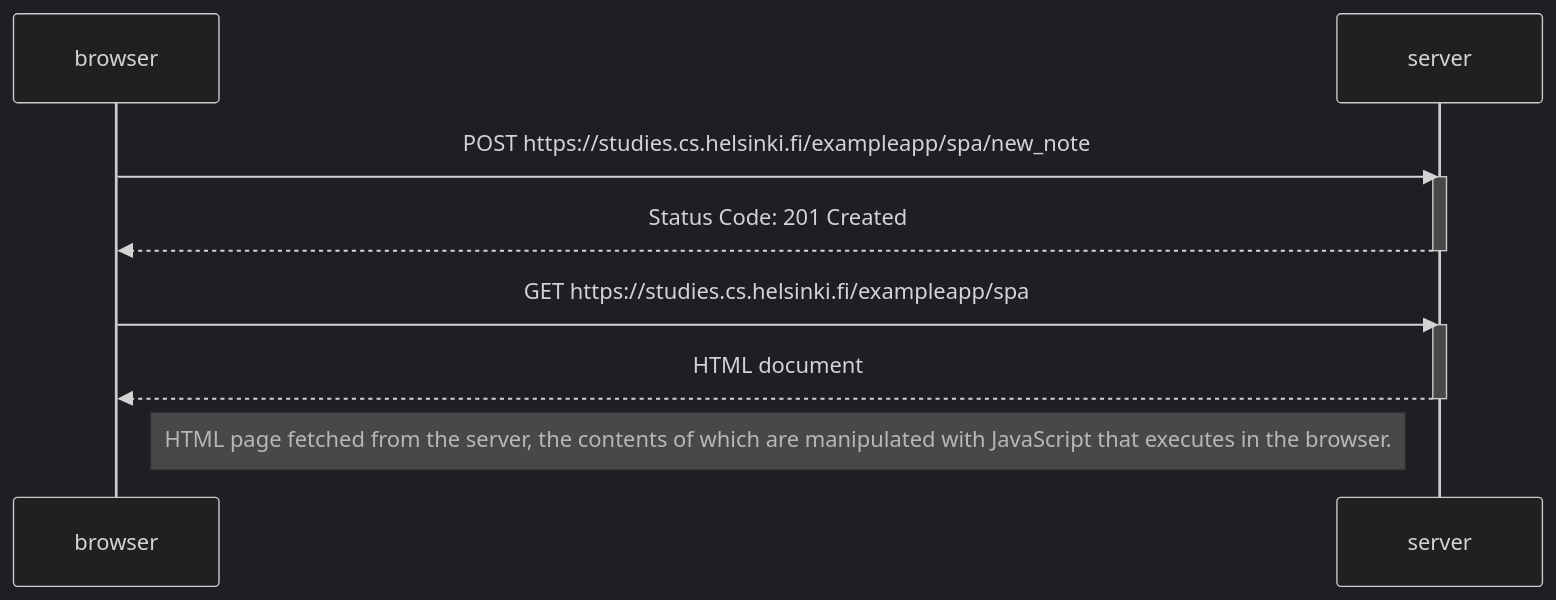
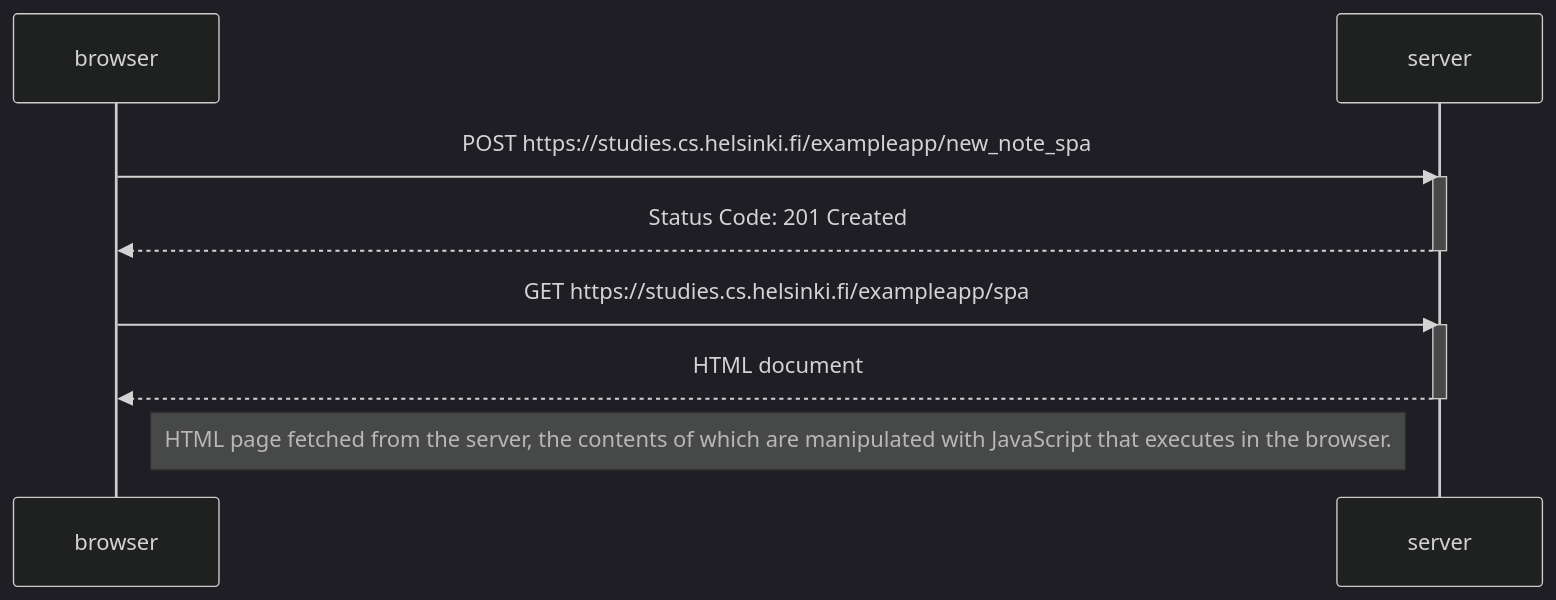
The diagram in part 0/[0.6]-new-note-in-spa.md (aleks8/fullstackopen), drawn with Mermaid (dark theme) before and after one commit.

````diff
--- a/part 0/[0.6]-new-note-in-spa.md
+++ b/part 0/[0.6]-new-note-in-spa.md
@@ -1,17 +1,17 @@
 ```mermaid
 sequenceDiagram
     participant browser
     participant server
 
-    browser->>server: POST https://studies.cs.helsinki.fi/exampleapp/spa/new_note
+    browser->>server: POST https://studies.cs.helsinki.fi/exampleapp/new_note_spa
     activate server
     server-->>browser: Status Code: 201 Created
     deactivate server
 
     browser->>server: GET https://studies.cs.helsinki.fi/exampleapp/spa
     activate server
     server-->>browser: HTML document
     deactivate server
 
     Note right of browser: HTML page fetched from the server, the contents of which are manipulated with JavaScript that executes in the browser.
 ```
````
